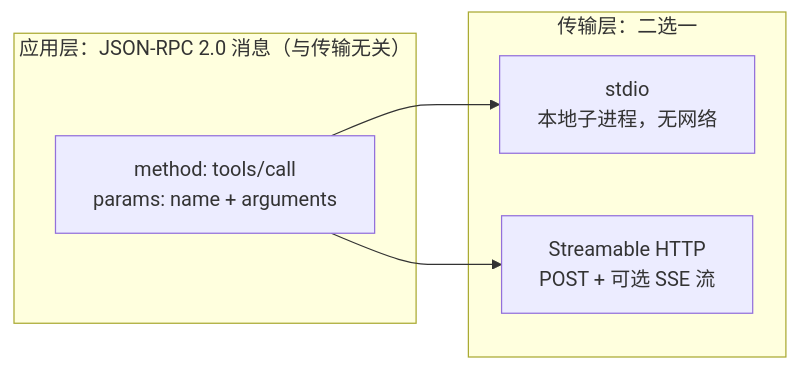
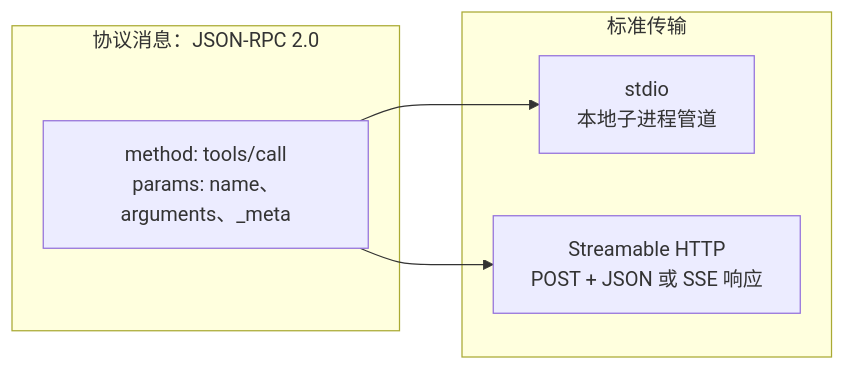
One commit to puppylpg/puppylpg.github.io changed the first of 5 diagrams in _posts/2026-09-09-mcp-vs-rest-wire-format.md. Above: the diagram before and after it, drawn with Mermaid. The commit also changed other lines of this file and 1 other file, not shown here.

Commit message:
docs: update MCP protocol examples and expand stdio transport

````diff
--- a/_posts/2026-09-09-mcp-vs-rest-wire-format.md
+++ b/_posts/2026-09-09-mcp-vs-rest-wire-format.md
@@ -79,12 +116,12 @@
 ```mermaid
 flowchart LR
-    subgraph rpc["应用层：JSON-RPC 2.0 消息（与传输无关）"]
-        msg["method: tools/call<br/>params: name + arguments"]
+    subgraph rpc["协议消息：JSON-RPC 2.0"]
+        msg["method: tools/call<br/>params: name、arguments、_meta"]
     end
-    subgraph transports["传输层：二选一"]
-        stdio["stdio<br/>本地子进程，无网络"]
-        http["Streamable HTTP<br/>POST + 可选 SSE 流"]
+    subgraph transports["标准传输"]
+        stdio["stdio<br/>本地子进程管道"]
+        http["Streamable HTTP<br/>POST + JSON 或 SSE 响应"]
     end
     msg --> stdio
     msg --> http
 ```
````
